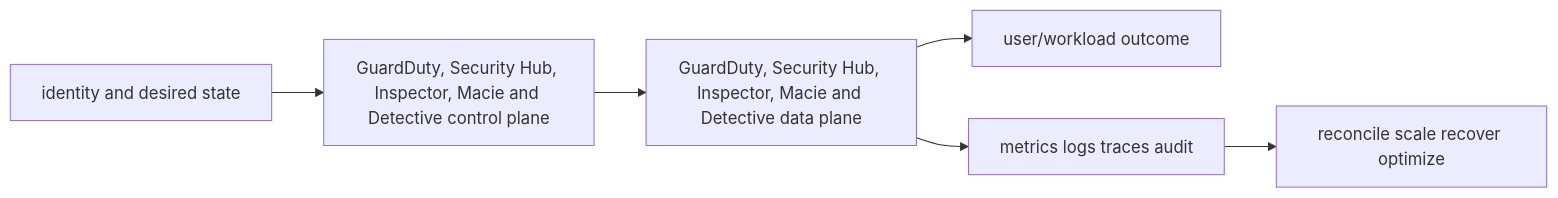
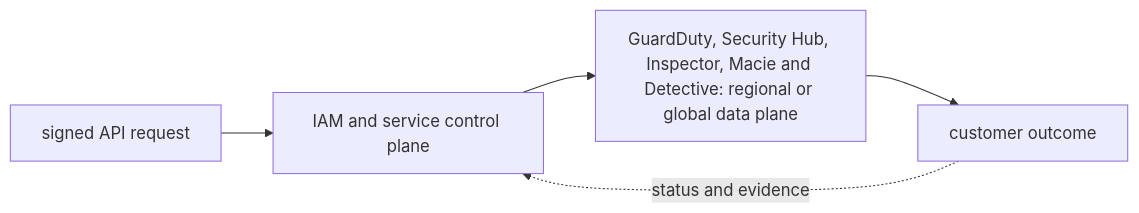
One commit to tomkidumbuyo/DevOps-interview-preparation changed the diagram in 07-aws/09-security-operations/04-security-detection/README.md. Above: the diagram before and after it, drawn with Mermaid. The commit also changed other lines of this file and 753 other files, not shown here.

````diff
--- a/07-aws/09-security-operations/04-security-detection/README.md
+++ b/07-aws/09-security-operations/04-security-detection/README.md
@@ -19,8 +31,7 @@
 ```mermaid
 flowchart LR
-  I[identity and desired state] --> C[GuardDuty, Security Hub, Inspector, Macie and Detective control plane]
-  C --> D[GuardDuty, Security Hub, Inspector, Macie and Detective data plane]
-  D --> U[user/workload outcome]
-  D --> O[metrics logs traces audit]
-  O --> R[reconcile scale recover optimize]
+  A["signed API request"] --> B["IAM and service control plane"]
+  B --> C["GuardDuty, Security Hub, Inspector, Macie and Detective: regional or global data plane"]
+  C --> D["customer outcome"]
+  D -. "status and evidence" .-> B
 ```
````
